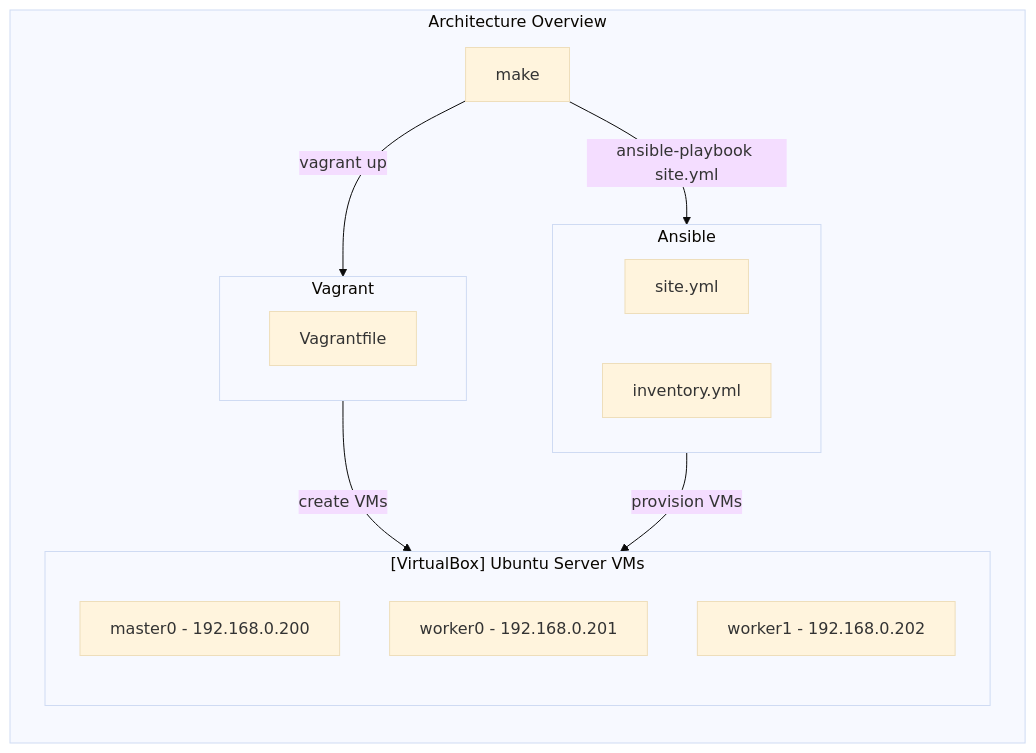
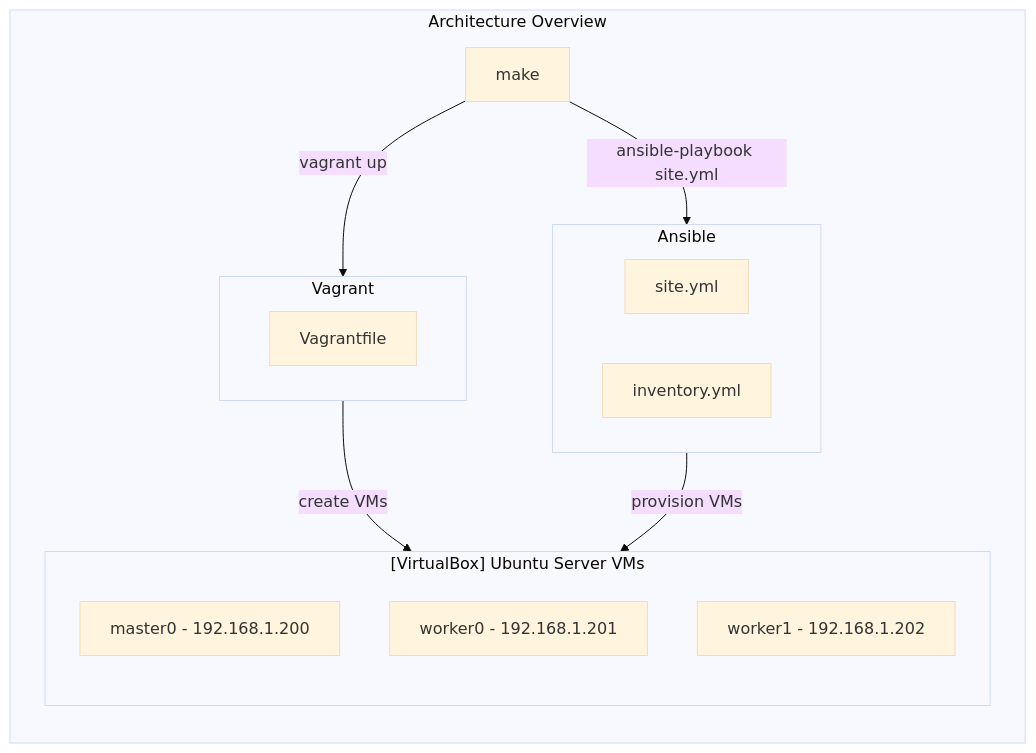
Before and after one commit to fabsys/k3s: the diagram in README.md, drawn with Mermaid (base theme). The commit also changed other lines of this file and 1 other file, not shown here.

Commit message:
correct 1

````diff
--- a/README.md
+++ b/README.md
@@ -10,28 +10,28 @@
 ```mermaid
 flowchart LR
   M["make"]
   M -- vagrant up --> V
   M -- ansible-playbook site.yml --> A
   V -- create VMs --> VB
   A -- provision VMs --> VB
   
   subgraph Architecture Overview
     direction TB
     M
     subgraph V["Vagrant"]
         direction RL
         V1[Vagrantfile]
     end
     subgraph A["Ansible"]
         direction RL
         A1[site.yml]
         A2[inventory.yml]
     end
     subgraph VB["[VirtualBox] Ubuntu Server VMs"]
         direction BT
-        master0[master0 - 192.168.0.200]
-        worker0[worker0 - 192.168.0.201]
-        worker1[worker1 - 192.168.0.202]
+        master0[master0 - 192.168.1.200]
+        worker0[worker0 - 192.168.1.201]
+        worker1[worker1 - 192.168.1.202]
     end
   end
 ```
````
